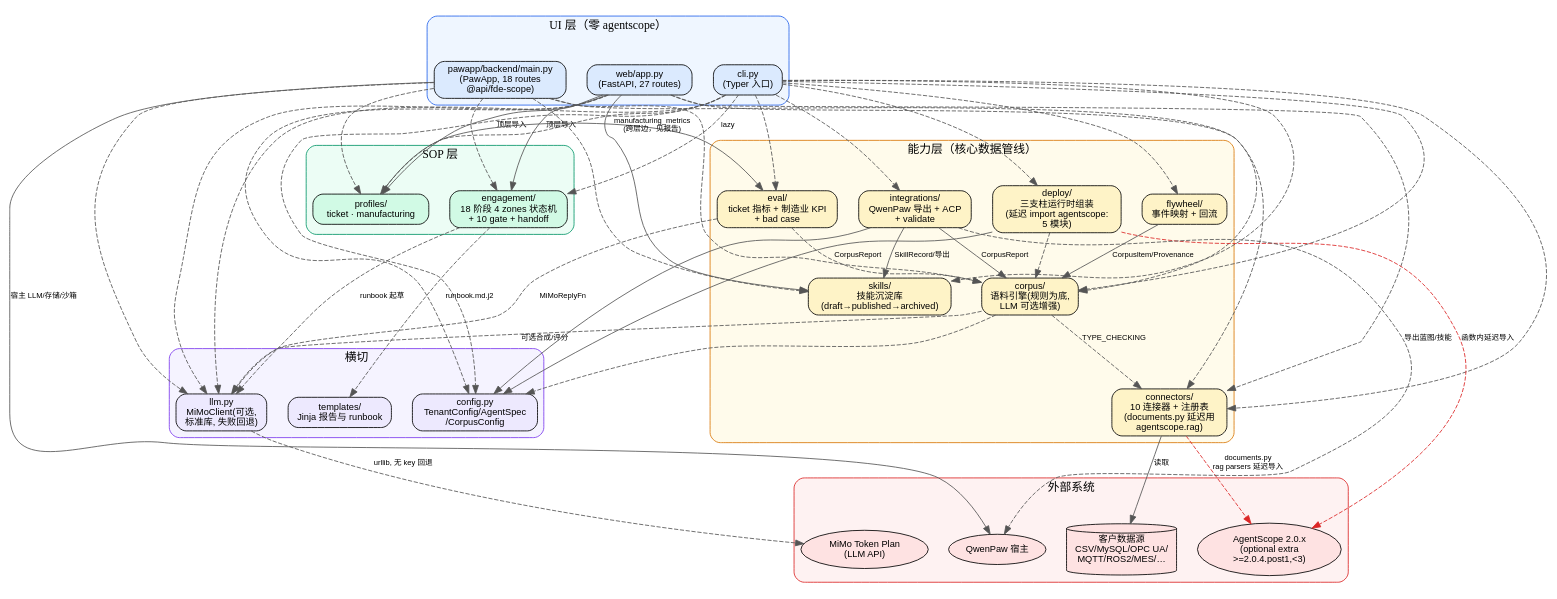
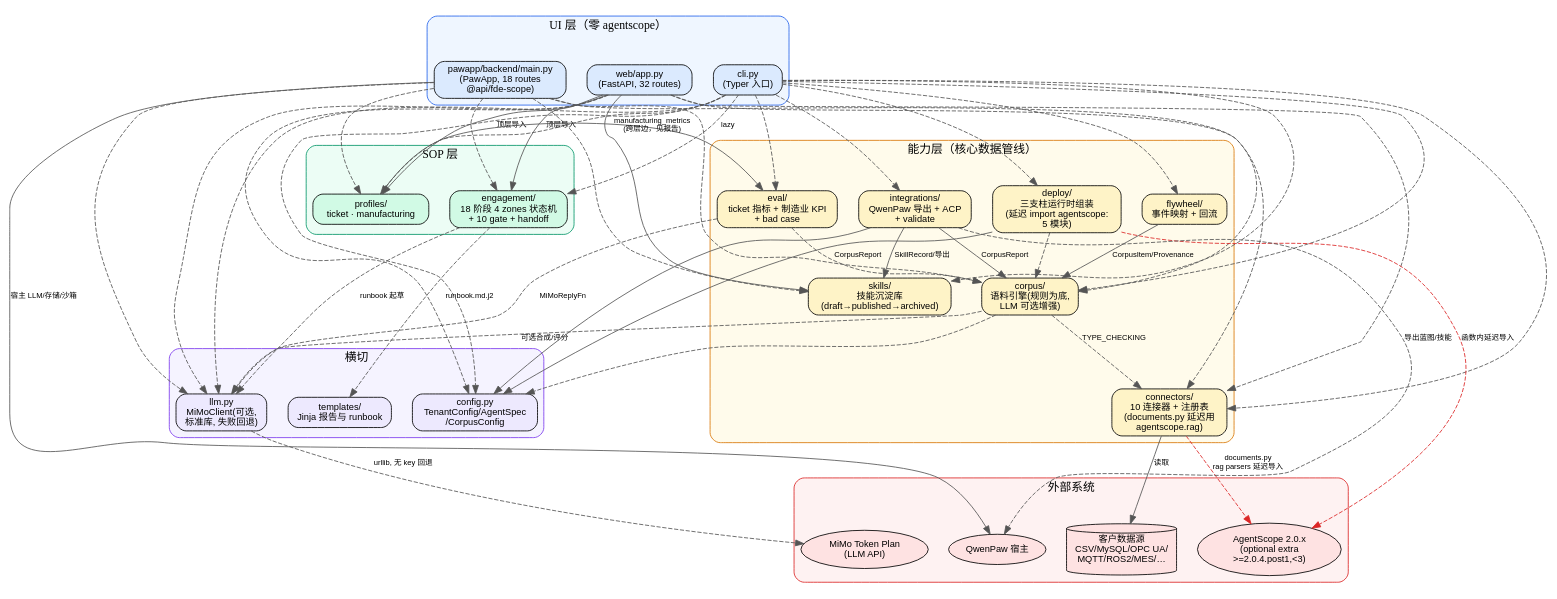
The diagram in docs/architecture-model/module-dependency.dot (ai-guru-global/fde-scope), drawn with Graphviz before and after one commit. The commit also changed 2 other files, not shown here.

Commit message:
docs(readme): cover the ontology module across surfaces, architecture and roadmap
- Feature checklist: CLI gains ontology, Web console 32 routes incl.
  本体库, new Data & intelligence entry for the semantic layer
- Architecture: mermaid cross-cutting adds ONT node with edges into
  corpus and skills; module table + repo layout gain ontology/ rows
- Web UI section: ontology console view bullet (#ontology)
- CLI reference: ontology list/validate/check/export line
- Roadmap: ontology item checked off with design + usage doc links
- Route count 27 → 32 synced into module-dependency.dot and
  fde-scope.structurizr.dsl (was stale: ontology routes landed without
  a doc bump)

```diff
--- a/docs/architecture-model/module-dependency.dot
+++ b/docs/architecture-model/module-dependency.dot
@@ -1,107 +1,107 @@
 // FDE Scope 模块依赖图（current-state）
 // 证据：fde_scope/ 与 pawapp/backend/ 全部 import 语句（2026-08-26 静态扫描，2026-08-28 复核修正）
 // 边语义：import-dependency（静态/延迟导入均标注）；虚线 = 可选/延迟导入
 // 查看：Qoder Canvas DOT 预览 或 `dot -Tsvg module-dependency.dot -o module-dependency.svg`
 digraph fde_scope_modules {
     rankdir=TB;
     nodesep=0.35;
     ranksep=0.6;
     node [shape=box, style="rounded,filled", fontname="Helvetica", fontsize=11];
     edge [fontname="Helvetica", fontsize=9, color="#555555"];
 
     // ---------- UI 层 ----------
     subgraph cluster_ui {
         label="UI 层（零 agentscope）"; style=rounded; color="#2563EB"; bgcolor="#EFF6FF";
         cli        [label="cli.py\n(Typer 入口)", fillcolor="#DBEAFE"];
-        web        [label="web/app.py\n(FastAPI, 27 routes)", fillcolor="#DBEAFE"];
+        web        [label="web/app.py\n(FastAPI, 32 routes)", fillcolor="#DBEAFE"];
         pawapp     [label="pawapp/backend/main.py\n(PawApp, 18 routes\n@api/fde-scope)", fillcolor="#DBEAFE"];
     }
 
     // ---------- SOP 层 ----------
     subgraph cluster_sop {
         label="SOP 层"; style=rounded; color="#059669"; bgcolor="#ECFDF5";
         engagement [label="engagement/\n18 阶段 4 zones 状态机\n+ 10 gate + handoff", fillcolor="#D1FAE5"];
         profiles   [label="profiles/\nticket · manufacturing", fillcolor="#D1FAE5"];
     }
 
     // ---------- 能力层 ----------
     subgraph cluster_core {
         label="能力层（核心数据管线）"; style=rounded; color="#D97706"; bgcolor="#FFFBEB";
         connectors [label="connectors/\n10 连接器 + 注册表\n(documents.py 延迟用\nagentscope.rag)", fillcolor="#FEF3C7"];
         corpus     [label="corpus/\n语料引擎(规则为底,\nLLM 可选增强)", fillcolor="#FEF3C7"];
         eval       [label="eval/\nticket 指标 + 制造业 KPI\n+ bad case", fillcolor="#FEF3C7"];
         deploy     [label="deploy/\n三支柱运行时组装\n(延迟 import agentscope:\n5 模块)", fillcolor="#FEF3C7"];
         flywheel   [label="flywheel/\n事件映射 + 回流", fillcolor="#FEF3C7"];
         integrations [label="integrations/\nQwenPaw 导出 + ACP\n+ validate", fillcolor="#FEF3C7"];
         skills     [label="skills/\n技能沉淀库\n(draft→published→archived)", fillcolor="#FEF3C7"];
     }
 
     // ---------- 横切层 ----------
     subgraph cluster_cross {
         label="横切"; style=rounded; color="#7C3AED"; bgcolor="#F5F3FF";
         llm    [label="llm.py\nMiMoClient(可选,\n标准库, 失败回退)", fillcolor="#EDE9FE"];
         config [label="config.py\nTenantConfig/AgentSpec\n/CorpusConfig", fillcolor="#EDE9FE"];
         templates [label="templates/\nJinja 报告与 runbook", fillcolor="#EDE9FE"];
     }
 
     // ---------- 外部 ----------
     subgraph cluster_ext {
         label="外部系统"; style=rounded; color="#DC2626"; bgcolor="#FEF2F2";
         agentscope [label="AgentScope 2.0.x\n(optional extra\n>=2.0.4.post1,<3)", shape=ellipse, fillcolor="#FEE2E2"];
         mimo       [label="MiMo Token Plan\n(LLM API)", shape=ellipse, fillcolor="#FEE2E2"];
         datasource [label="客户数据源\nCSV/MySQL/OPC UA/\nMQTT/ROS2/MES/…", shape=cylinder, fillcolor="#FEE2E2"];
         qwenpaw    [label="QwenPaw 宿主", shape=ellipse, fillcolor="#FEE2E2"];
     }
 
     // ---------- UI → 能力（全部函数内延迟导入）----------
     cli -> engagement [style=dashed, label="lazy"];
     cli -> connectors [style=dashed];
     cli -> corpus [style=dashed];
     cli -> deploy [style=dashed];
     cli -> eval [style=dashed];
     cli -> flywheel [style=dashed];
     cli -> integrations [style=dashed];
     cli -> profiles [style=dashed];
     cli -> skills [style=dashed];
     cli -> llm [style=dashed];
     cli -> config [style=dashed];
 
     web -> engagement [label="顶层导入"];
     web -> profiles [label="顶层导入"];
     web -> skills;
     web -> corpus [style=dashed];
     web -> connectors [style=dashed];
     web -> llm [style=dashed];
     web -> config [style=dashed];
 
     pawapp -> engagement [style=dashed];
     pawapp -> profiles [style=dashed];
     pawapp -> skills [style=dashed];
     pawapp -> corpus [style=dashed];
     pawapp -> connectors [style=dashed];
     pawapp -> llm [style=dashed];
 
     // ---------- 能力层内部 ----------
     corpus -> connectors [style=dashed, label="TYPE_CHECKING"];
     corpus -> llm [style=dashed, label="可选合成/评分"];
     corpus -> config [style=dashed];
     eval -> corpus [style=dashed, label="CorpusReport"];
     eval -> llm [style=dashed, label="MiMoReplyFn"];
     deploy -> config;
     deploy -> corpus [style=dashed];
     deploy -> agentscope [style=dashed, label="函数内延迟导入", color="#DC2626"];
     connectors -> agentscope [style=dashed, label="documents.py\nrag parsers 延迟导入", color="#DC2626"];
     flywheel -> corpus [label="CorpusItem/Provenance"];
     integrations -> config;
     integrations -> corpus [label="CorpusReport"];
     integrations -> skills [label="SkillRecord/导出"];
     profiles -> eval [label="manufacturing_metrics\n(跨层边，见报告)"];
     engagement -> llm [style=dashed, label="runbook 起草"];
     engagement -> templates [style=dashed, label="runbook.md.j2"];
 
     // ---------- 外部 ----------
     connectors -> datasource [label="读取"];
     llm -> mimo [style=dashed, label="urllib, 无 key 回退"];
     pawapp -> qwenpaw [label="宿主 LLM/存储/沙箱"];
     integrations -> qwenpaw [style=dashed, label="导出蓝图/技能"];
 }
```
